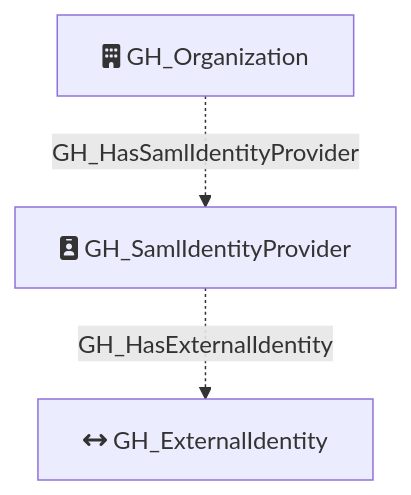
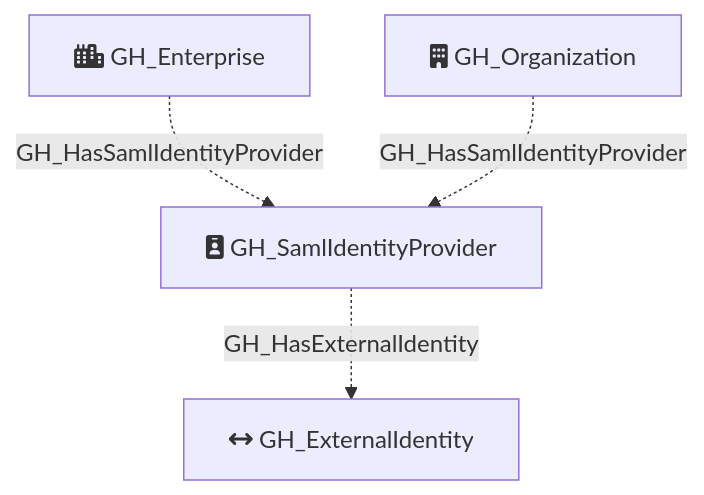
One commit to SpecterOps/GitHound changed the diagram in Documentation/NodeDescriptions/GH_SamlIdentityProvider.md. Above: the diagram before and after it, drawn with Mermaid. The commit also changed other lines of this file and 5 other files, not shown here.

First line of the commit message:
Add Git-HoundEnterpriseSamlProvider and update documentation

````diff
--- a/Documentation/NodeDescriptions/GH_SamlIdentityProvider.md
+++ b/Documentation/NodeDescriptions/GH_SamlIdentityProvider.md
@@ -25,10 +27,11 @@
 ```mermaid
 flowchart TD
+    GH_Enterprise[fa:fa-city GH_Enterprise]
     GH_Organization[fa:fa-building GH_Organization]
     GH_SamlIdentityProvider[fa:fa-id-badge GH_SamlIdentityProvider]
     GH_ExternalIdentity[fa:fa-arrows-left-right GH_ExternalIdentity]
 
-
+    GH_Enterprise -.->|GH_HasSamlIdentityProvider| GH_SamlIdentityProvider
     GH_Organization -.->|GH_HasSamlIdentityProvider| GH_SamlIdentityProvider
     GH_SamlIdentityProvider -.->|GH_HasExternalIdentity| GH_ExternalIdentity
 ```
````
